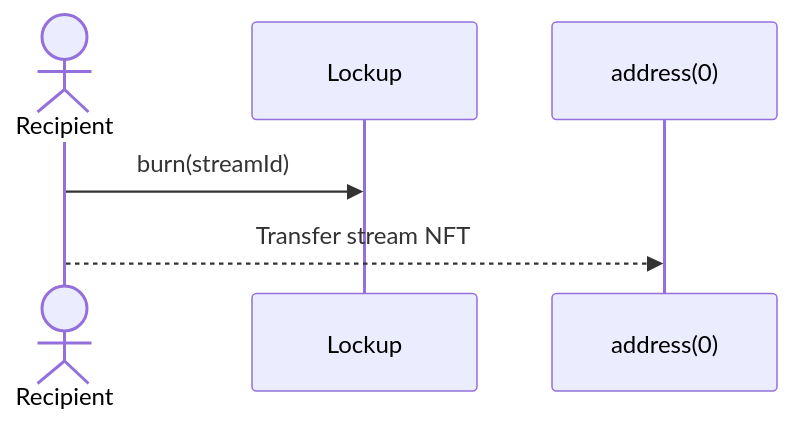
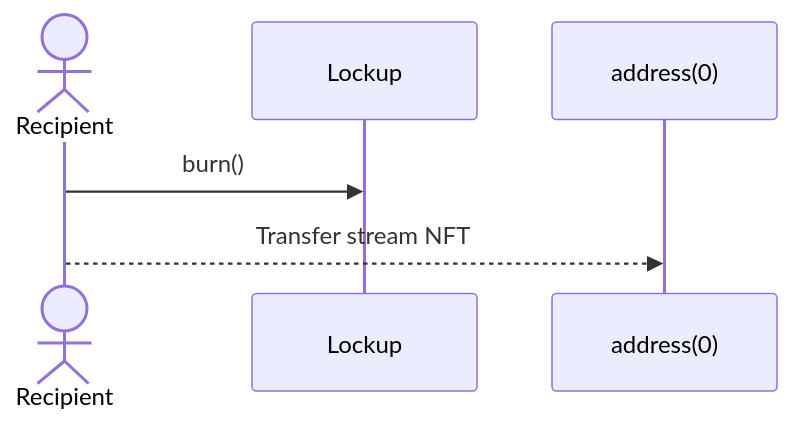
The first of 11 diagrams in docs/reference/lockup/04-access-control.md (sablier-labs/docs), drawn with Mermaid before and after one commit. The commit also changed other lines of this file and 3 other files, not shown here.

Commit message:
removes streamId from sequence diagrams categorizes diagrams in Flow access control simplifies diagrams in Lockup access control defines ongoing debt in Flow overview fixes definition of snapshot debt in Flow overview adds abbreviations in Flow diagrams

````diff
--- a/docs/reference/lockup/04-access-control.md
+++ b/docs/reference/lockup/04-access-control.md
@@ -39,7 +39,7 @@
 ```mermaid
 sequenceDiagram
   actor Recipient
 
-  Recipient ->> Lockup: burn(streamId)
+  Recipient ->> Lockup: burn()
   Recipient -->> address(0): Transfer stream NFT
 ```
````
